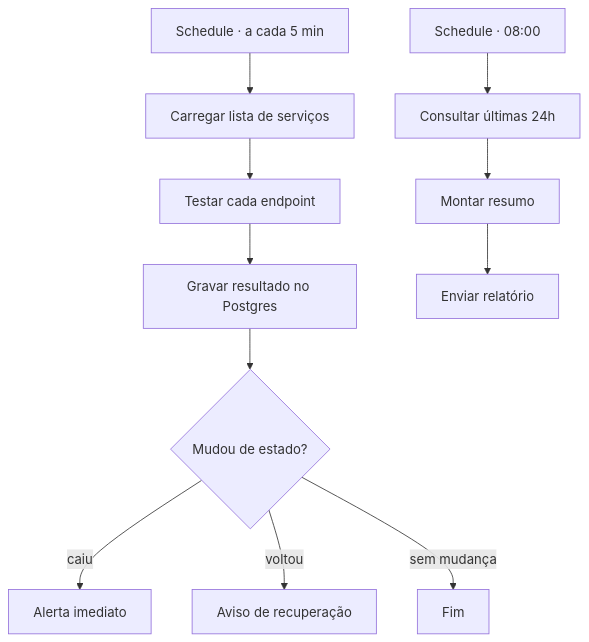
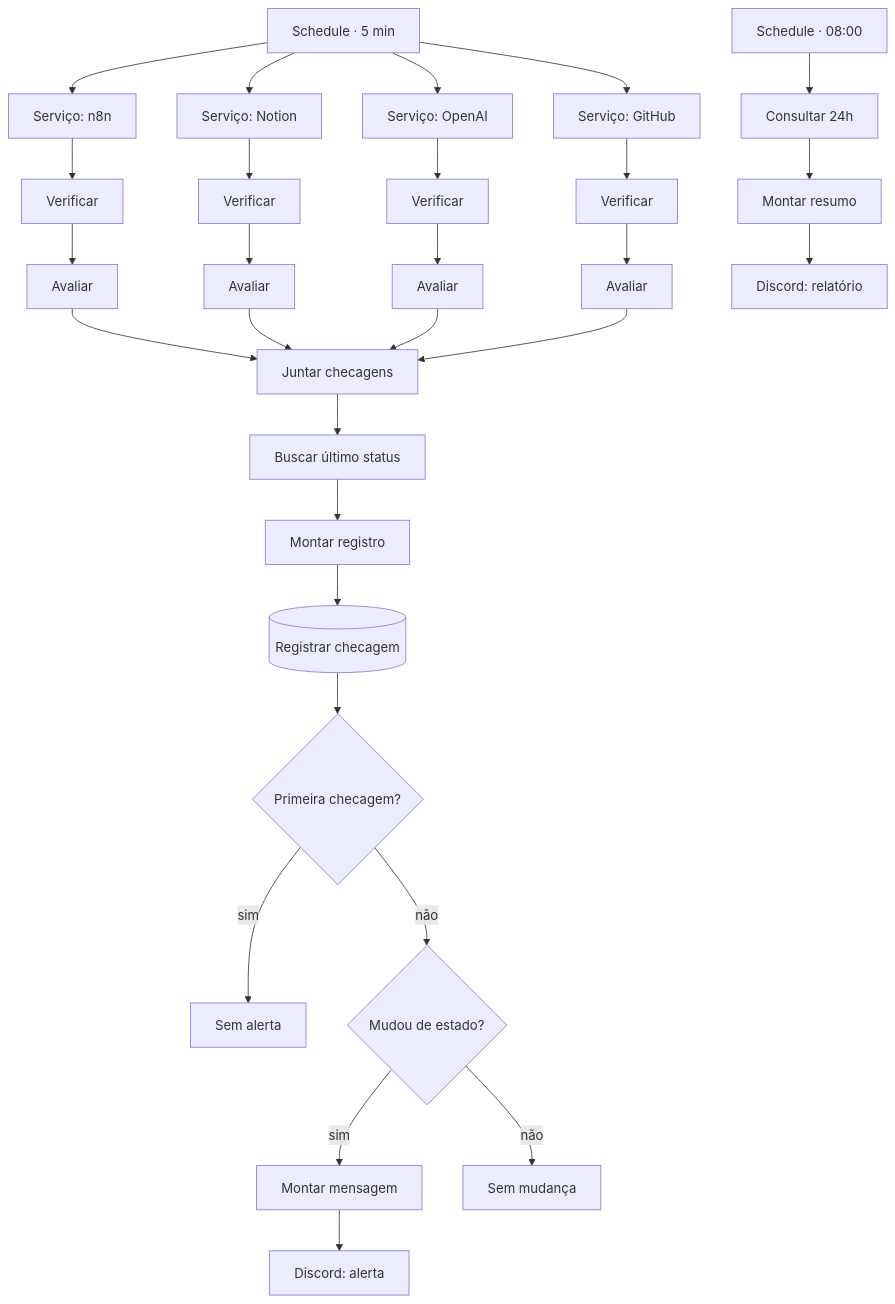
The diagram in workflows/02-monitor-disponibilidade/README.md (predoqrz/n8n-automation-portfolio), drawn with Mermaid before and after one commit. The commit also changed other lines of this file and 3 other files, not shown here.

````diff
--- a/workflows/02-monitor-disponibilidade/README.md
+++ b/workflows/02-monitor-disponibilidade/README.md
@@ -19,13 +25,31 @@
 ```mermaid
 flowchart TD
-    A[Schedule · a cada 5 min] --> B[Carregar lista de serviços]
-    B --> C[Testar cada endpoint]
-    C --> D[Gravar resultado no Postgres]
-    D --> E{Mudou de estado?}
-    E -->|caiu| F[Alerta imediato]
-    E -->|voltou| G[Aviso de recuperação]
-    E -->|sem mudança| H[Fim]
-    I[Schedule · 08:00] --> J[Consultar últimas 24h]
-    J --> K[Montar resumo]
-    K --> L[Enviar relatório]
+    A[Schedule · 5 min] --> B1[Serviço: n8n]
+    A --> B2[Serviço: Notion]
+    A --> B3[Serviço: OpenAI]
+    A --> B4[Serviço: GitHub]
+    B1 --> C1[Verificar]
+    B2 --> C2[Verificar]
+    B3 --> C3[Verificar]
+    B4 --> C4[Verificar]
+    C1 --> D1[Avaliar]
+    C2 --> D2[Avaliar]
+    C3 --> D3[Avaliar]
+    C4 --> D4[Avaliar]
+    D1 --> E[Juntar checagens]
+    D2 --> E
+    D3 --> E
+    D4 --> E
+    E --> F[Buscar último status]
+    F --> G[Montar registro]
+    G --> H[(Registrar checagem)]
+    H --> I{Primeira checagem?}
+    I -->|sim| J[Sem alerta]
+    I -->|não| K{Mudou de estado?}
+    K -->|sim| L[Montar mensagem] --> M[Discord: alerta]
+    K -->|não| N[Sem mudança]
+
+    O[Schedule · 08:00] --> P[Consultar 24h]
+    P --> Q[Montar resumo]
+    Q --> R[Discord: relatório]
 ```
````
